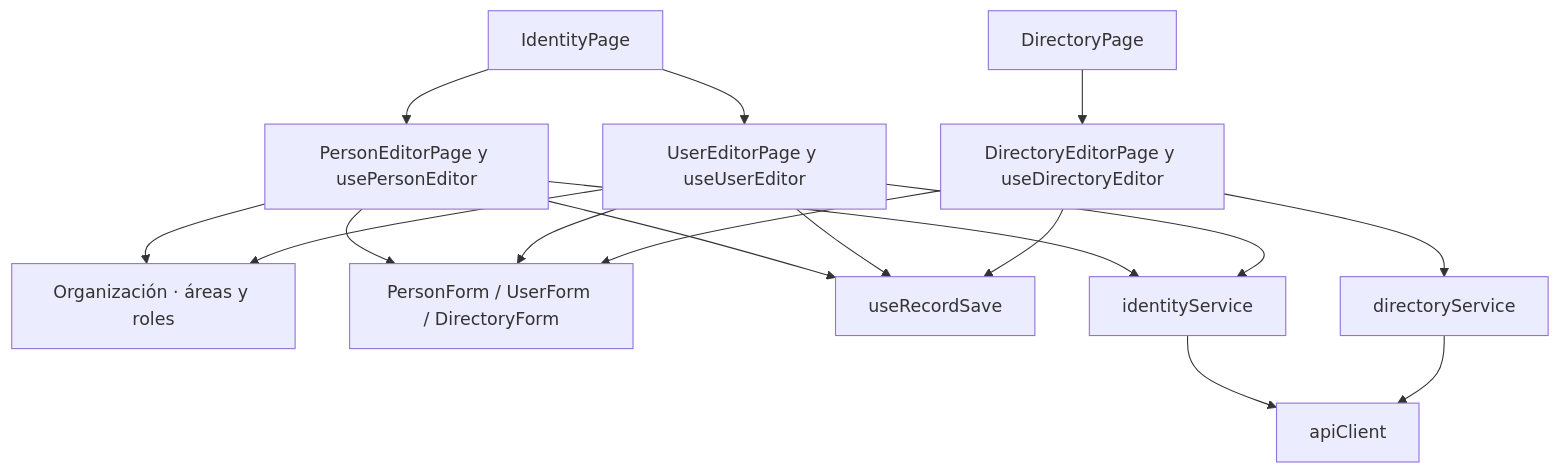
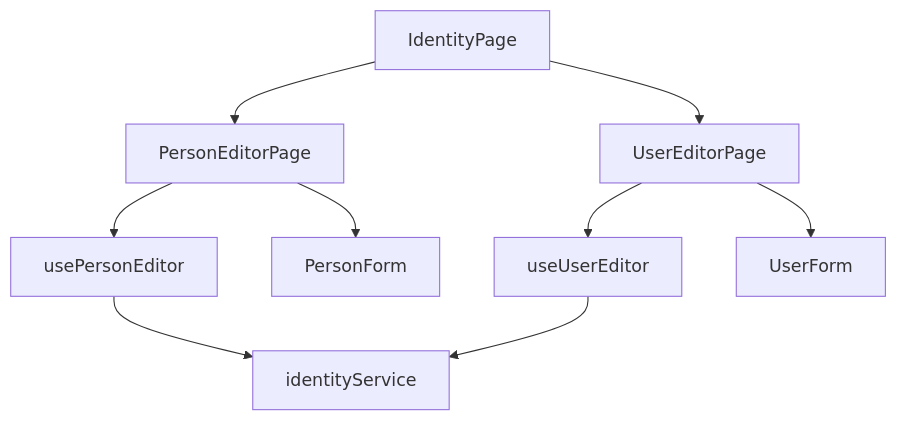
Before and after one commit to gpgsistemas01/nexus: the first of 2 diagrams in front/docs/architecture/views/logical/components/04-identity-directory.md, drawn with Mermaid. The commit also changed other lines of this file and 158 other files, not shown here.

````diff
--- a/front/docs/architecture/views/logical/components/04-identity-directory.md
+++ b/front/docs/architecture/views/logical/components/04-identity-directory.md
@@ -9,19 +7,19 @@
 ```mermaid
 flowchart TB
-    identity["IdentityPage"] --> person["PersonEditorPage y usePersonEditor"]
-    identity --> account["UserEditorPage y useUserEditor"]
-    directory["DirectoryPage"] --> organization["DirectoryEditorPage y useDirectoryEditor"]
-    person --> assignments["Organización · áreas y roles"]
-    account --> assignments
-    person --> forms["PersonForm / UserForm / DirectoryForm"]
-    account --> forms
-    organization --> forms
-    person --> save["useRecordSave"]
-    account --> save
-    organization --> save
-    person --> identityService["identityService"]
-    account --> identityService
-    organization --> directoryService["directoryService"]
-    identityService --> http["apiClient"]
-    directoryService --> http
+    page["IdentityPage"]
+    personPage["PersonEditorPage"]
+    userPage["UserEditorPage"]
+    person["usePersonEditor"]
+    user["useUserEditor"]
+    personForm["PersonForm"]
+    userForm["UserForm"]
+    service["identityService"]
+    page --> personPage
+    page --> userPage
+    personPage --> person
+    personPage --> personForm
+    userPage --> user
+    userPage --> userForm
+    person --> service
+    user --> service
 ```
````
